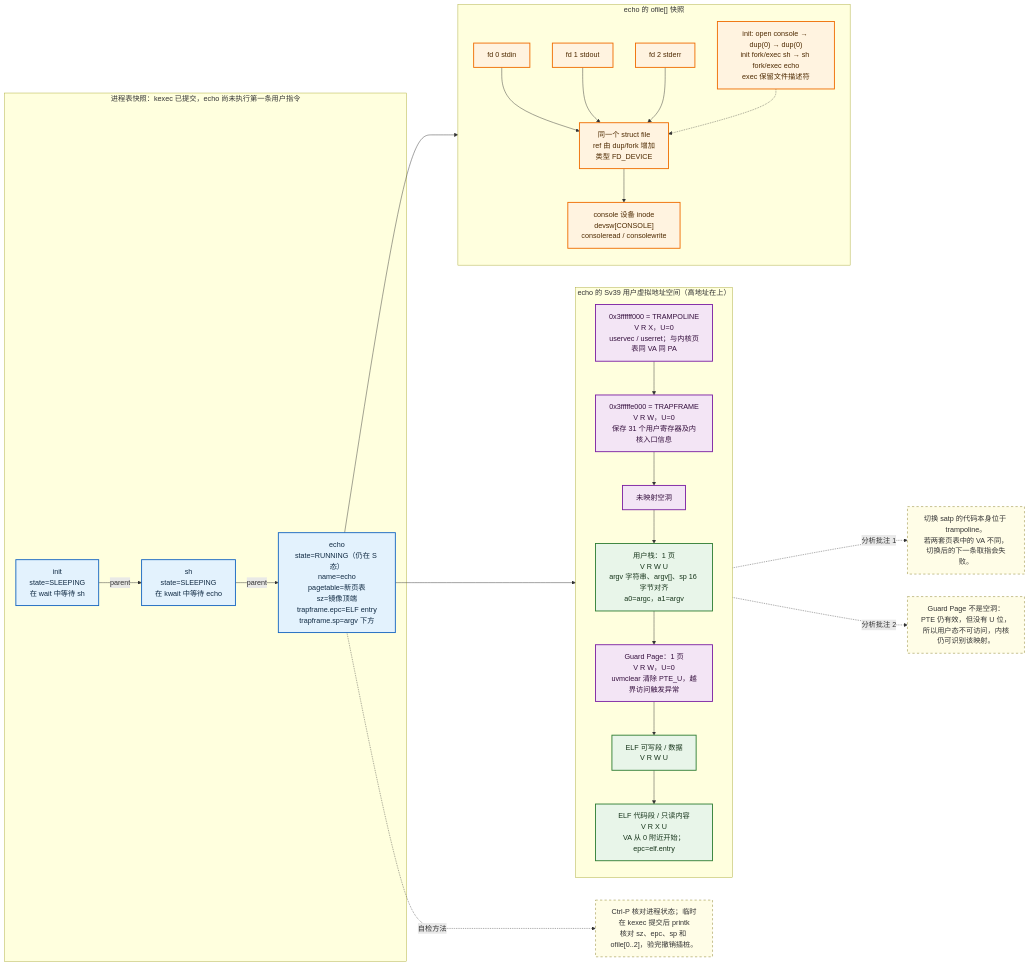
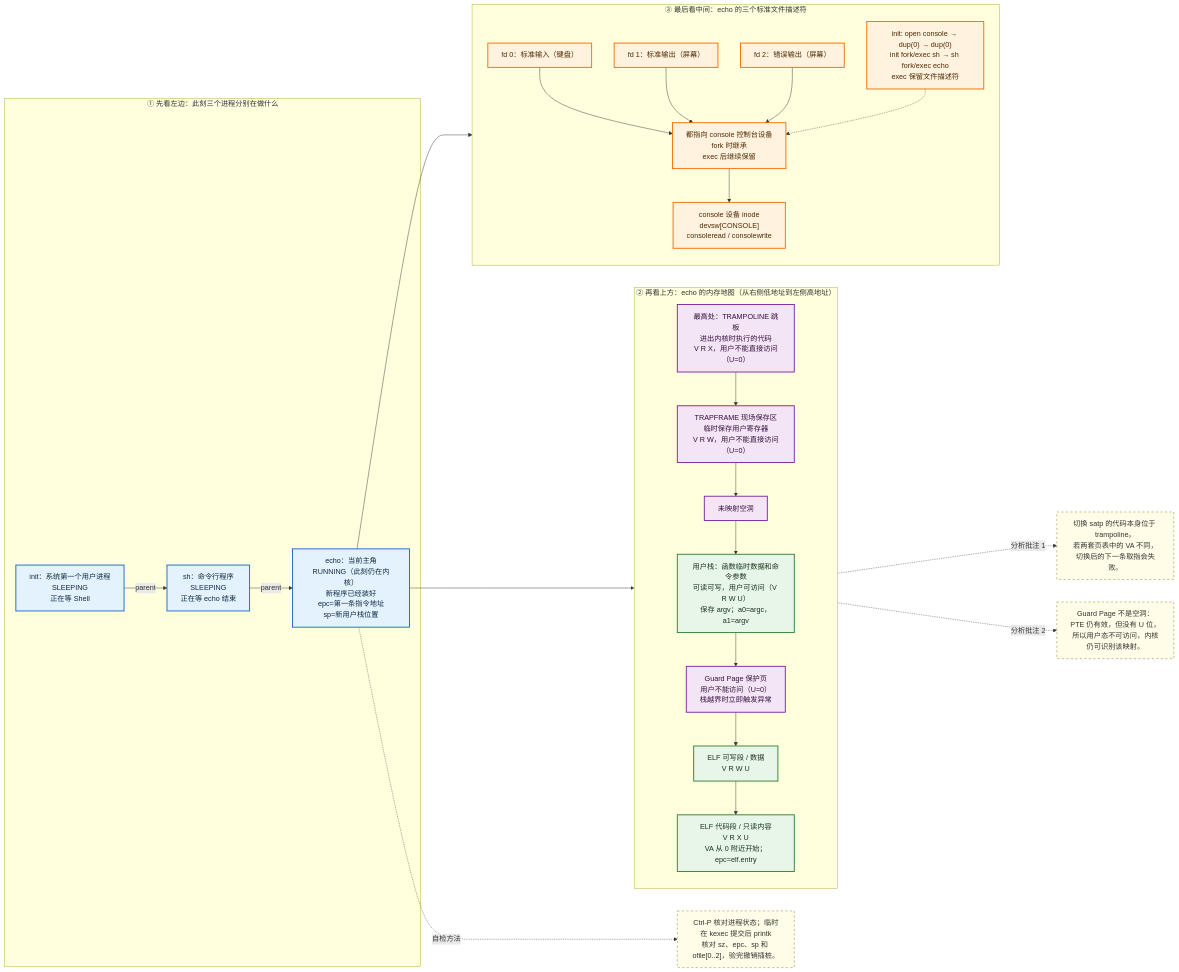
Before and after one commit to Guanjiarao/2024302111050: the diagram in lab0/doc/lab0/02-exec-data-structures.mmd, drawn with Mermaid. The commit also changed 5 other files, not shown here.

Commit message:
docs(lab0): simplify diagrams for presentation

```diff
--- a/lab0/doc/lab0/02-exec-data-structures.mmd
+++ b/lab0/doc/lab0/02-exec-data-structures.mmd
@@ -1,45 +1,45 @@
 flowchart LR
-  subgraph PT["进程表快照：kexec 已提交，echo 尚未执行第一条用户指令"]
-    INIT["init<br/>state=SLEEPING<br/>在 wait 中等待 sh"]
-    SH["sh<br/>state=SLEEPING<br/>在 kwait 中等待 echo"]
-    ECHO["echo<br/>state=RUNNING（仍在 S 态）<br/>name=echo<br/>pagetable=新页表<br/>sz=镜像顶端<br/>trapframe.epc=ELF entry<br/>trapframe.sp=argv 下方"]
+  subgraph PT["① 先看左边：此刻三个进程分别在做什么"]
+    INIT["init：系统第一个用户进程<br/>SLEEPING<br/>正在等 Shell"]
+    SH["sh：命令行程序<br/>SLEEPING<br/>正在等 echo 结束"]
+    ECHO["echo：当前主角<br/>RUNNING（此刻仍在内核）<br/>新程序已经装好<br/>epc=第一条指令地址<br/>sp=新用户栈位置"]
     INIT -->|"parent"| SH
     SH -->|"parent"| ECHO
   end
 
-  subgraph AS["echo 的 Sv39 用户虚拟地址空间（高地址在上）"]
+  subgraph AS["② 再看上方：echo 的内存地图（从右侧低地址到左侧高地址）"]
     direction TB
-    TR["0x3ffffff000 = TRAMPOLINE<br/>V R X，U=0<br/>uservec / userret；与内核页表同 VA 同 PA"]
-    TF["0x3fffffe000 = TRAPFRAME<br/>V R W，U=0<br/>保存 31 个用户寄存器及内核入口信息"]
+    TR["最高处：TRAMPOLINE 跳板<br/>进出内核时执行的代码<br/>V R X，用户不能直接访问（U=0）"]
+    TF["TRAPFRAME 现场保存区<br/>临时保存用户寄存器<br/>V R W，用户不能直接访问（U=0）"]
     HOLE["未映射空洞"]
-    STACK["用户栈：1 页<br/>V R W U<br/>argv 字符串、argv[]、sp 16 字节对齐<br/>a0=argc，a1=argv"]
-    GUARD["Guard Page：1 页<br/>V R W，U=0<br/>uvmclear 清除 PTE_U，越界访问触发异常"]
+    STACK["用户栈：函数临时数据和命令参数<br/>可读可写，用户可访问（V R W U）<br/>保存 argv；a0=argc，a1=argv"]
+    GUARD["Guard Page 保护页<br/>用户不能访问（U=0）<br/>栈越界时立即触发异常"]
     DATA["ELF 可写段 / 数据<br/>V R W U"]
     TEXT["ELF 代码段 / 只读内容<br/>V R X U<br/>VA 从 0 附近开始；epc=elf.entry"]
     TR --> TF --> HOLE --> STACK --> GUARD --> DATA --> TEXT
   end
 
-  subgraph FD["echo 的 ofile[] 快照"]
-    F0["fd 0 stdin"] --> FILE["同一个 struct file<br/>ref 由 dup/fork 增加<br/>类型 FD_DEVICE"]
-    F1["fd 1 stdout"] --> FILE
-    F2["fd 2 stderr"] --> FILE
+  subgraph FD["③ 最后看中间：echo 的三个标准文件描述符"]
+    F0["fd 0：标准输入（键盘）"] --> FILE["都指向 console 控制台设备<br/>fork 时继承<br/>exec 后继续保留"]
+    F1["fd 1：标准输出（屏幕）"] --> FILE
+    F2["fd 2：错误输出（屏幕）"] --> FILE
     FILE --> DEV["console 设备 inode<br/>devsw[CONSOLE]<br/>consoleread / consolewrite"]
     CHAIN["init: open console → dup(0) → dup(0)<br/>init fork/exec sh → sh fork/exec echo<br/>exec 保留文件描述符"] -.-> FILE
   end
 
   ECHO --> AS
   ECHO --> FD
   TR -. "分析批注 1" .-> NOTE1["切换 satp 的代码本身位于 trampoline。<br/>若两套页表中的 VA 不同，切换后的下一条取指会失败。"]
   GUARD -. "分析批注 2" .-> NOTE2["Guard Page 不是空洞：PTE 仍有效，但没有 U 位，<br/>所以用户态不可访问，内核仍可识别该映射。"]
   ECHO -. "自检方法" .-> CHECK["Ctrl-P 核对进程状态；临时在 kexec 提交后 printk<br/>核对 sz、epc、sp 和 ofile[0..2]，验完撤销插桩。"]
 
   classDef proc fill:#e3f2fd,stroke:#1565c0,color:#102a43,stroke-width:2px
   classDef mem fill:#e8f5e9,stroke:#2e7d32,color:#17351b,stroke-width:2px
   classDef special fill:#f3e5f5,stroke:#7b1fa2,color:#35103e,stroke-width:2px
   classDef file fill:#fff3e0,stroke:#ef6c00,color:#4e2a00,stroke-width:2px
   classDef note fill:#fffde7,stroke:#827717,color:#333,stroke-dasharray:5 5
   class INIT,SH,ECHO proc
   class STACK,DATA,TEXT mem
   class TR,TF,GUARD,HOLE special
   class F0,F1,F2,FILE,DEV,CHAIN file
   class NOTE1,NOTE2,CHECK note
```
